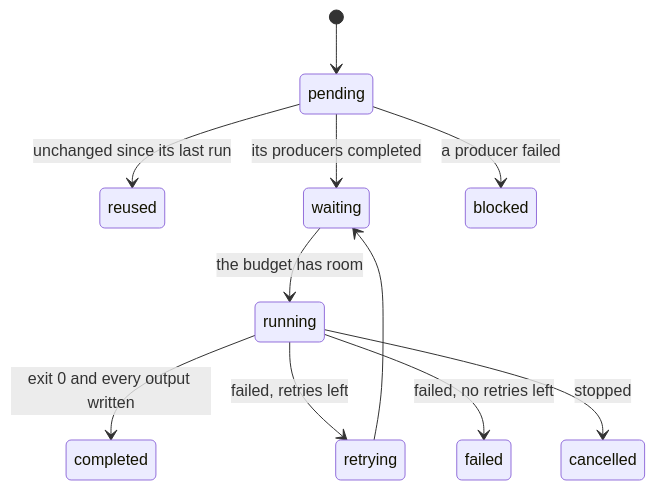
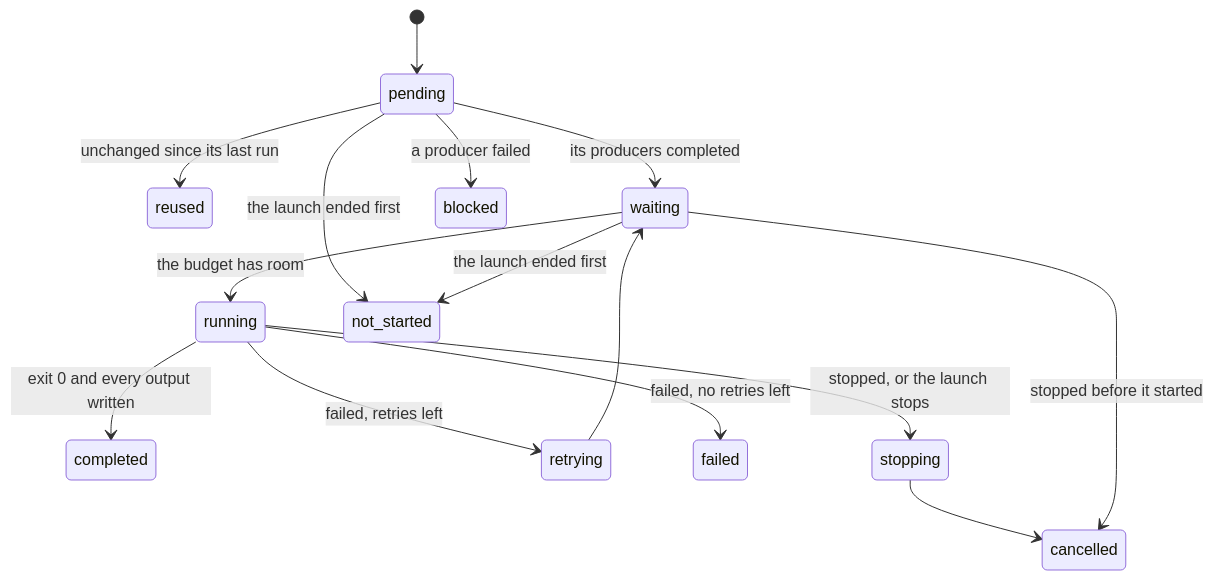
One commit to Zenteomics/kanit changed the second of 2 diagrams in wiki/Concepts.md. Above: the diagram before and after it, drawn with Mermaid. The commit also changed other lines of this file and 37 other files, not shown here.

````diff
--- a/wiki/Concepts.md
+++ b/wiki/Concepts.md
@@ -70,13 +70,17 @@
 ```mermaid
 stateDiagram-v2
     [*] --> pending
     pending --> reused: unchanged since its last run
     pending --> waiting: its producers completed
     pending --> blocked: a producer failed
     waiting --> running: the budget has room
     running --> completed: exit 0 and every output written
     running --> retrying: failed, retries left
     retrying --> waiting
     running --> failed: failed, no retries left
-    running --> cancelled: stopped
+    running --> stopping: stopped, or the launch stops
+    stopping --> cancelled
+    waiting --> cancelled: stopped before it started
+    pending --> not_started: the launch ended first
+    waiting --> not_started: the launch ended first
 ```
````
